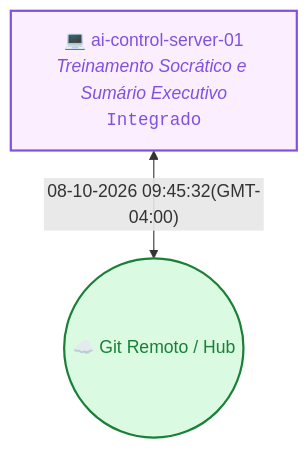
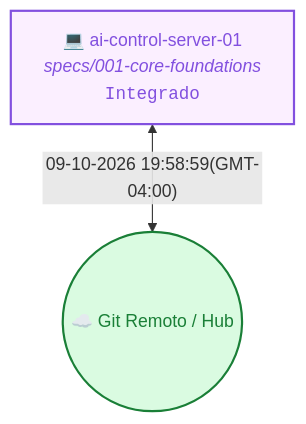
The diagram in README.md (andreticba/ai-control-context), drawn with Mermaid before and after one commit. The commit also changed other lines of this file and 10 other files, not shown here.

````diff
--- a/README.md
+++ b/README.md
@@ -20,8 +20,8 @@
 ```mermaid
 flowchart TD
   Cloud(("☁️ Git Remoto / Hub"))
-  M_c01fdc4a["💻 ai-control-server-01<br/><i>Treinamento Socrático e Sumário Executivo</i><br/><code>Integrado</code>"]
-  M_c01fdc4a <-->|"08-10-2026 09:45:32(GMT-04:00)"| Cloud
+  M_c01fdc4a["💻 ai-control-server-01<br/><i>specs/001-core-foundations</i><br/><code>Integrado</code>"]
+  M_c01fdc4a <-->|"09-10-2026 19:58:59(GMT-04:00)"| Cloud
   style M_c01fdc4a stroke:#8250df,stroke-width:2px,fill:#fbefff,color:#8250df
   style Cloud stroke:#1a7f37,stroke-width:2px,fill:#dafbe1,color:#1a7f37
 ```
````
